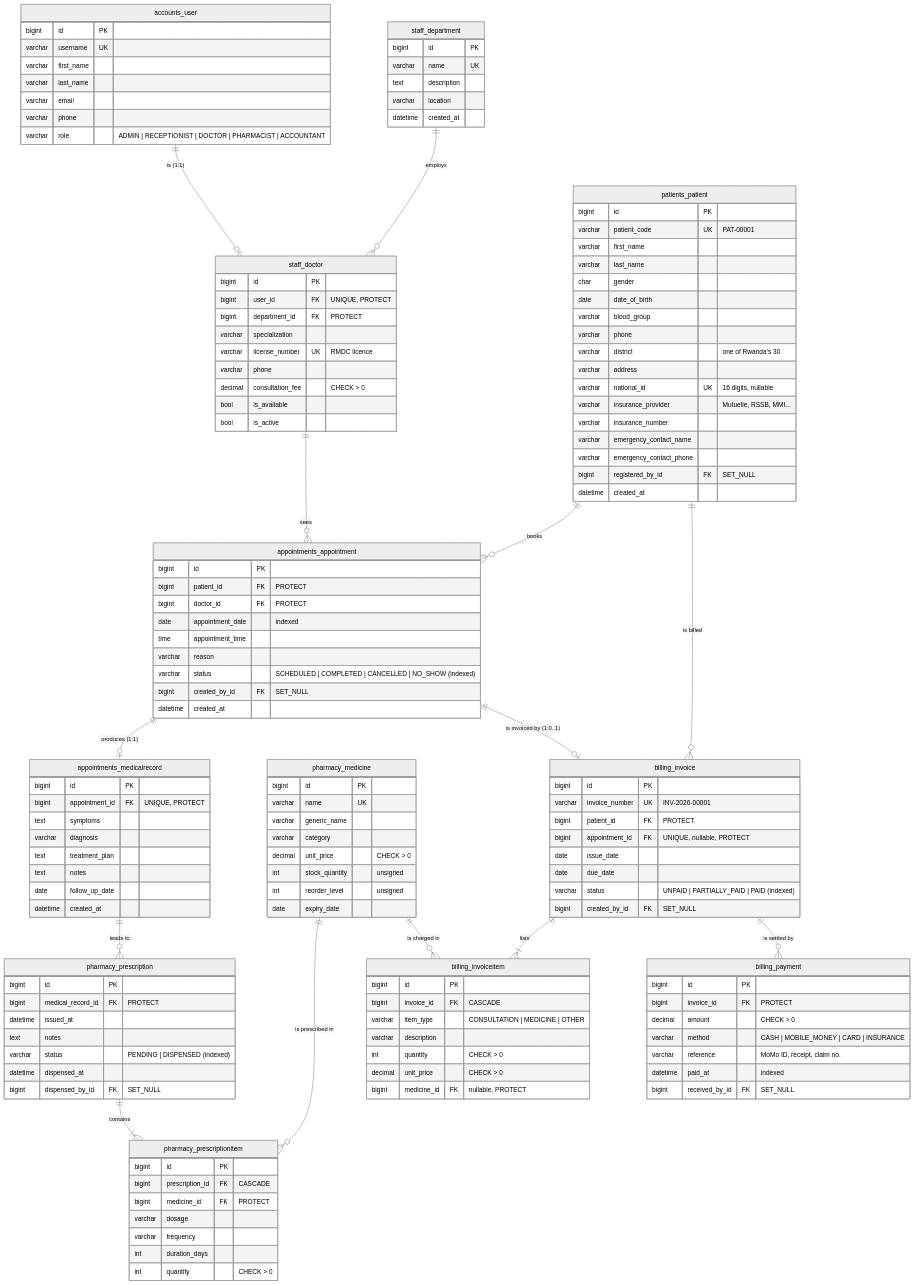
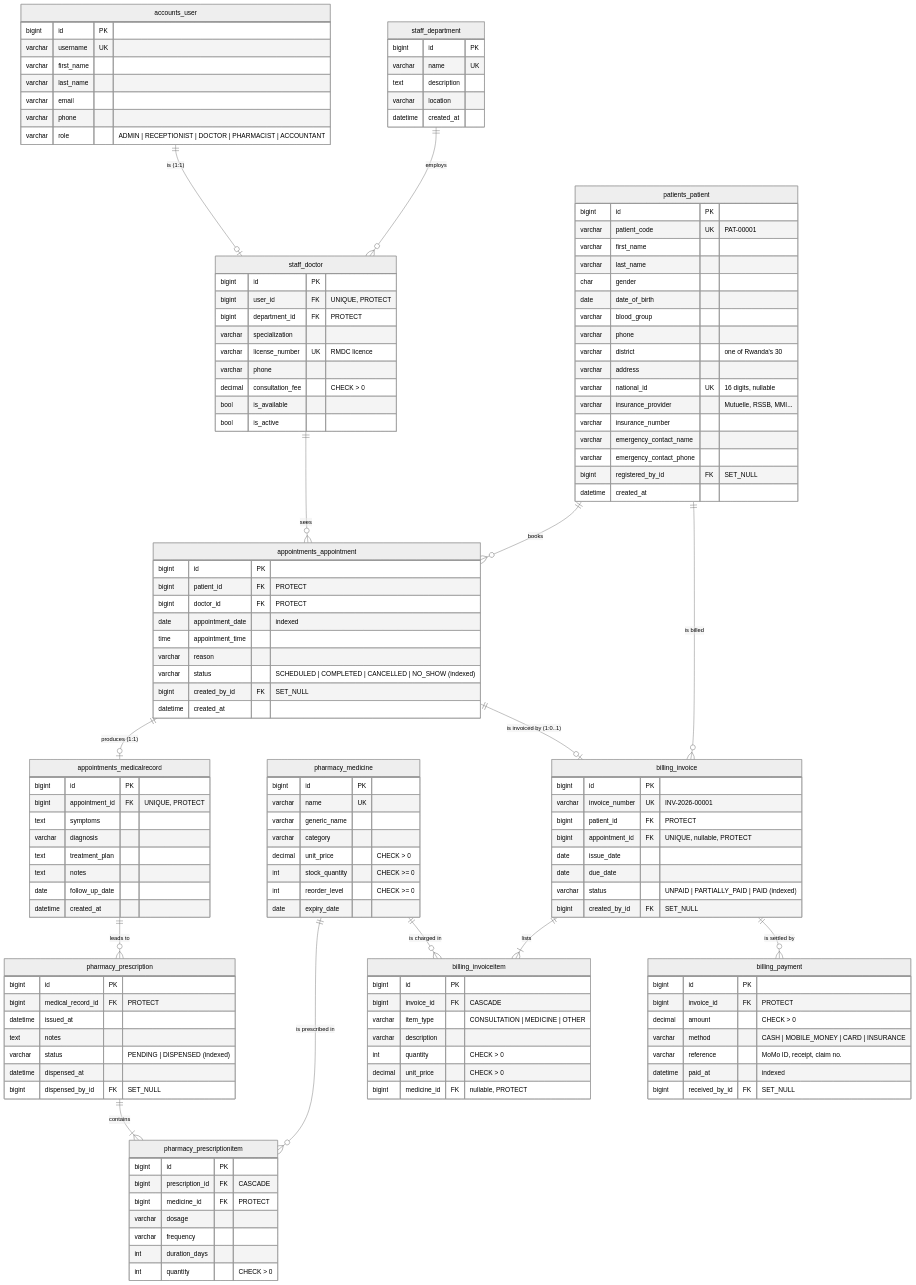
Before and after one commit to NNesta/Hospital-Management-System-and-Data-Analytics: the diagram in docs/ERD.md, drawn with Mermaid (neutral theme). The commit also changed other lines of this file and 6 other files, not shown here.

```diff
--- a/docs/ERD.md
+++ b/docs/ERD.md
@@ -93,8 +93,8 @@
         varchar generic_name
         varchar category
         decimal unit_price "CHECK > 0"
-        int stock_quantity "unsigned"
-        int reorder_level "unsigned"
+        int stock_quantity "CHECK >= 0"
+        int reorder_level "CHECK >= 0"
         date expiry_date
     }
     pharmacy_prescription {
```
